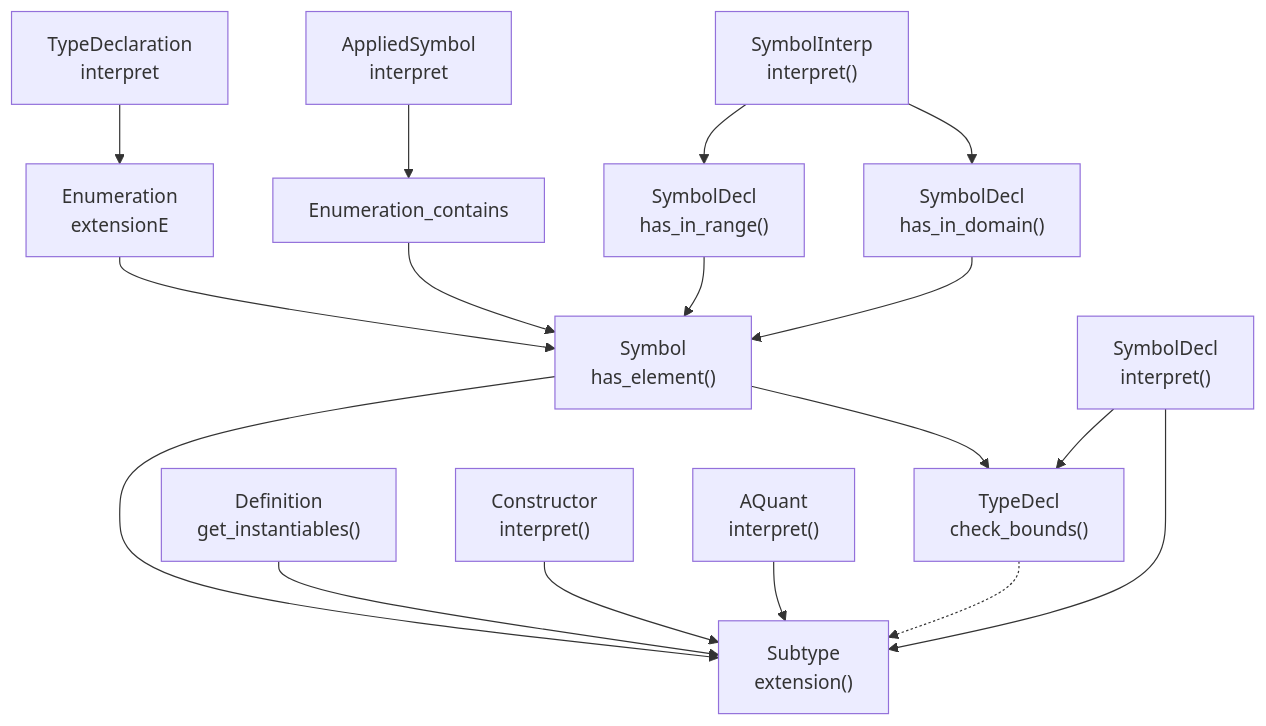
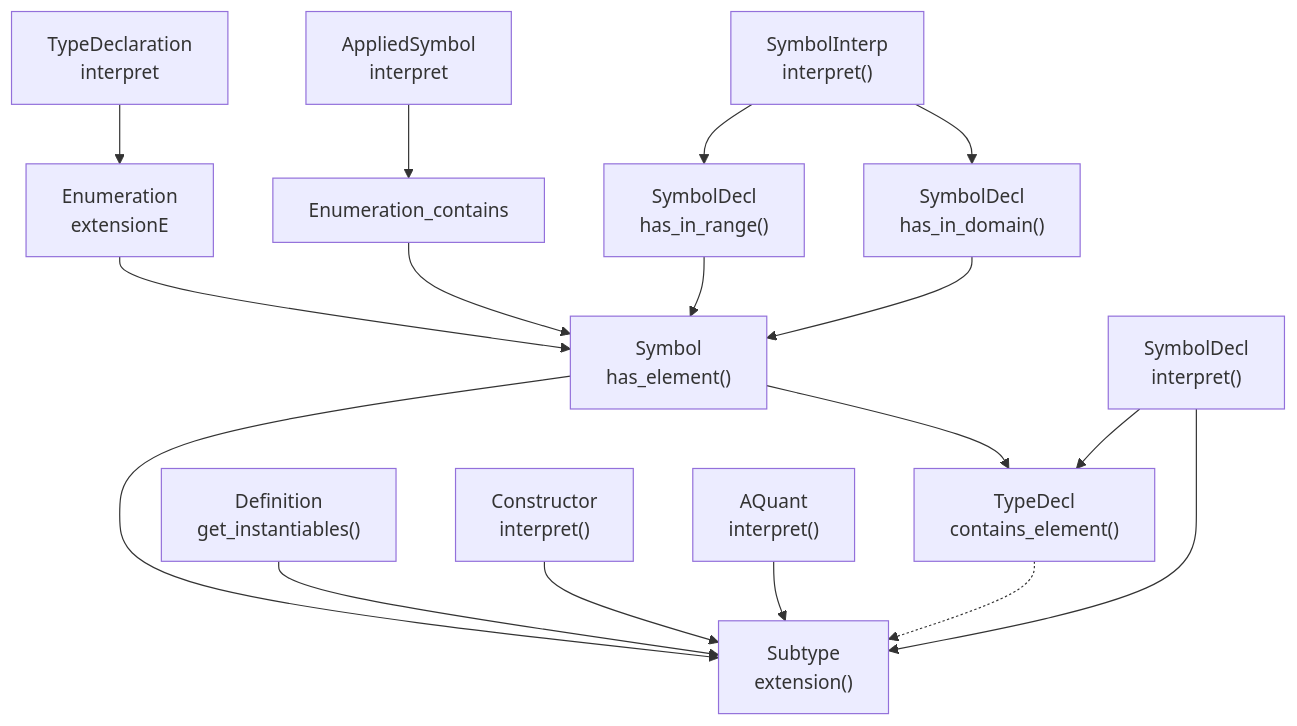
Before and after one commit to Sobhangh/IDP-Z3: the diagram in docs/zettlr/Partial function.md, drawn with Mermaid. The commit also changed other lines of this file and 5 other files, not shown here.

Commit message:
docs: check_bounds -> contains_element

````diff
--- a/docs/zettlr/Partial function.md
+++ b/docs/zettlr/Partial function.md
@@ -34,17 +34,17 @@
 ```mermaid
 flowchart TD
-	Symbol_has_element["Symbol<br/>has_element()"] --> TypeDecl_check_bounds["TypeDecl<br/>check_bounds()"];
+	Symbol_has_element["Symbol<br/>has_element()"] --> TypeDecl_check_bounds["TypeDecl<br/>contains_element()"];
 	SymbolInterpretation_interpret["SymbolInterp<br/>interpret()"] --> SymbolDeclaration_has_in_domain["SymbolDecl<br/>has_in_domain()"];
 	SymbolInterpretation_interpret --> SymbolDeclaration_has_in_range["SymbolDecl<br/>has_in_range()"];
 	SymbolDeclaration_has_in_domain --> Symbol_has_element;
 	SymbolDeclaration_has_in_range --> Symbol_has_element;
 	Enumeration_contains --> Symbol_has_element;
 	Definition_get_instantiables["Definition<br/>get_instantiables()"] --> Subtype_extension["Subtype<br/>extension()"];
 	Symbol_has_element --> Subtype_extension;
 	SymbolDeclaration_interpret["SymbolDecl<br/>interpret()"] --> Subtype_extension;
 	Constructor_interpret["Constructor<br/>interpret()"] --> Subtype_extension;
 	AQuantification_interpret["AQuant<br/>interpret()"] --> Subtype_extension;
 	AppliedSymbol_interpret[AppliedSymbol<br/>interpret] --> Enumeration_contains;
 	TypeDeclaration_interpret[TypeDeclaration<br/>interpret] --> Enumeration_extensionE[Enumeration<br/>extensionE] --> Symbol_has_element;
 	SymbolDeclaration_interpret --> TypeDecl_check_bounds -.-> Subtype_extension;
 ```
````
